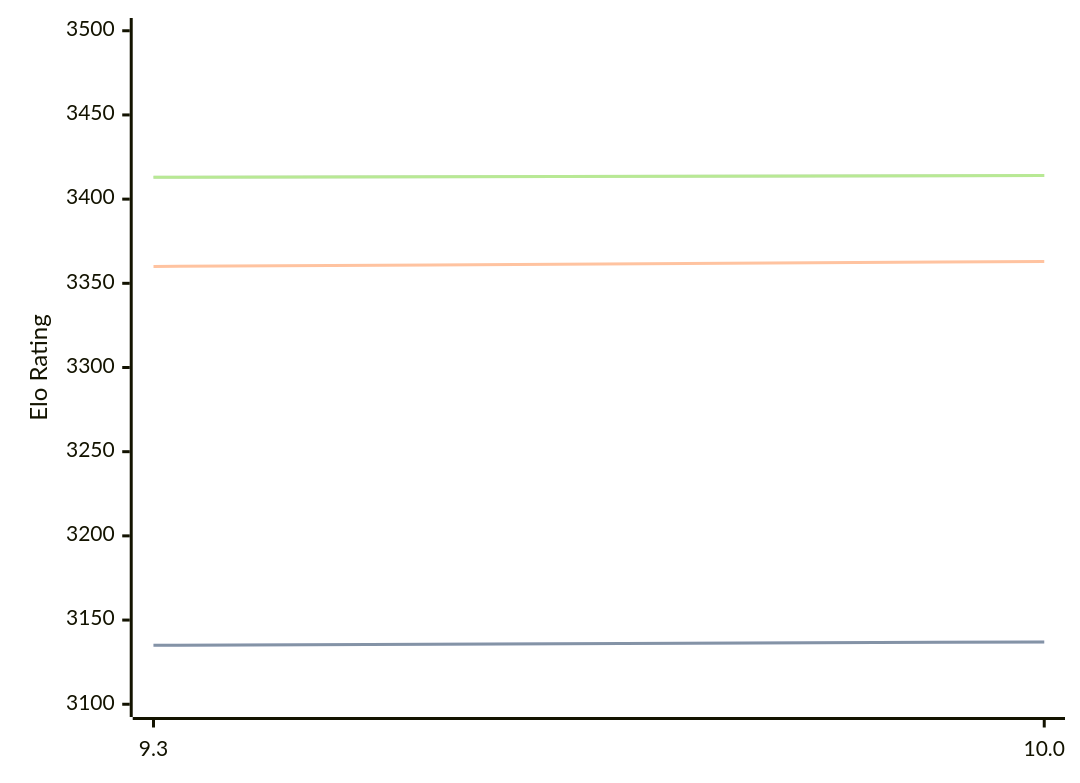
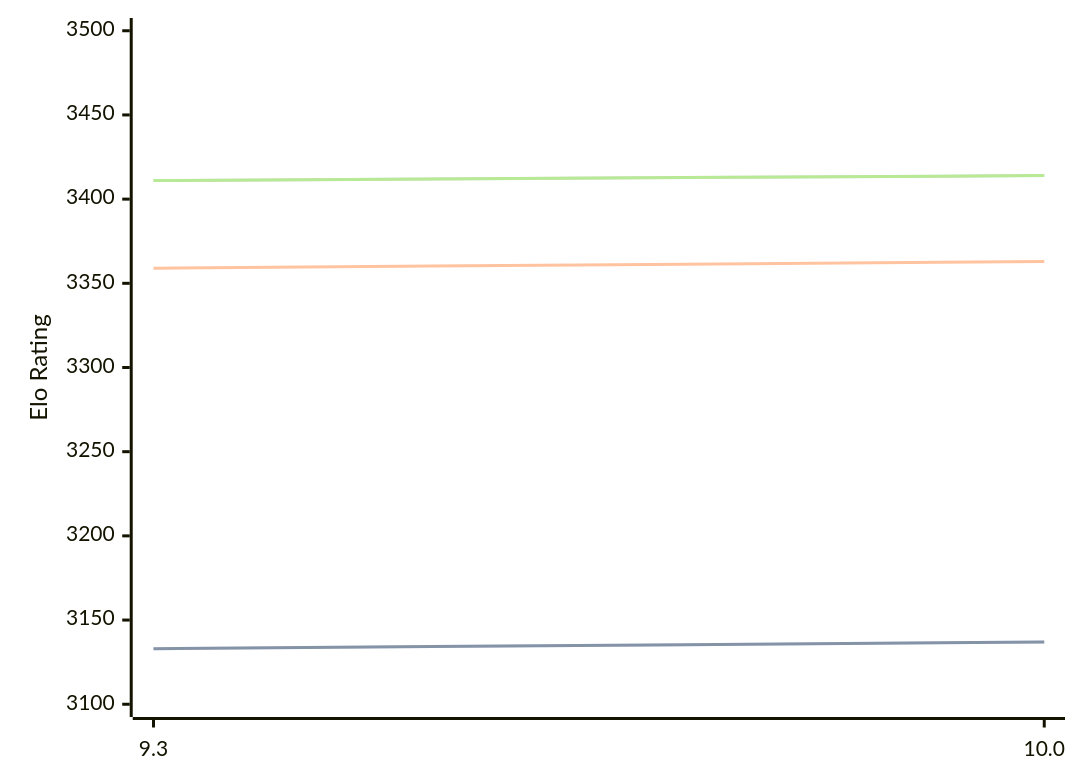
The first of 3 diagrams in engines/Fire.md (computer-chess-index/cci), drawn with Mermaid before and after one commit. The commit also changed other lines of this file, not shown here.

Commit message:
Update CCI Ratings (ELO VLTC) - 2026-06-27

````diff
--- a/engines/Fire.md
+++ b/engines/Fire.md
@@ -47,11 +47,11 @@
 ```mermaid
 %%{init: {"theme":"base","themeVariables":{"seriesColors:['#a3a3a3','#222221','#faa371']}}}%%
 xychart-beta
   x-axis ["9.3", "10.0"]
   y-axis "Elo Rating" 3100 --> 3500
-  line "STC (8.0+0.08s)" [3135, 3137]
-  line "STC (8.0+0.08s)" [3135, 3137]
-  line "LTC (60.0+0.60s)" [3360, 3363]
-  line "VLTC (2m24s+1.12s)" [3413, 3414]
-  line "VLTC (2m24s+1.12s)" [3413, 3414]
+  line "STC (8.0+0.08s)" [3133, 3137]
+  line "STC (8.0+0.08s)" [3133, 3137]
+  line "LTC (60.0+0.60s)" [3359, 3363]
+  line "VLTC (2m24s+1.12s)" [3411, 3414]
+  line "VLTC (2m24s+1.12s)" [3411, 3414]
 ```
````
